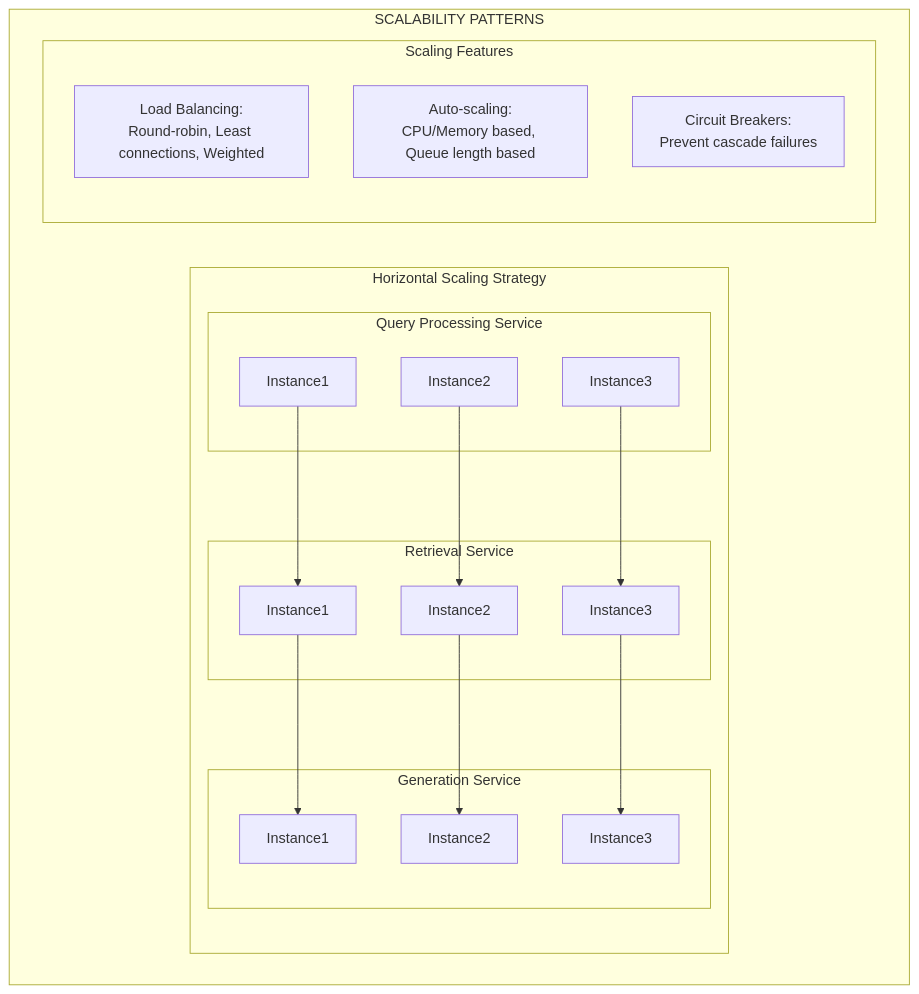
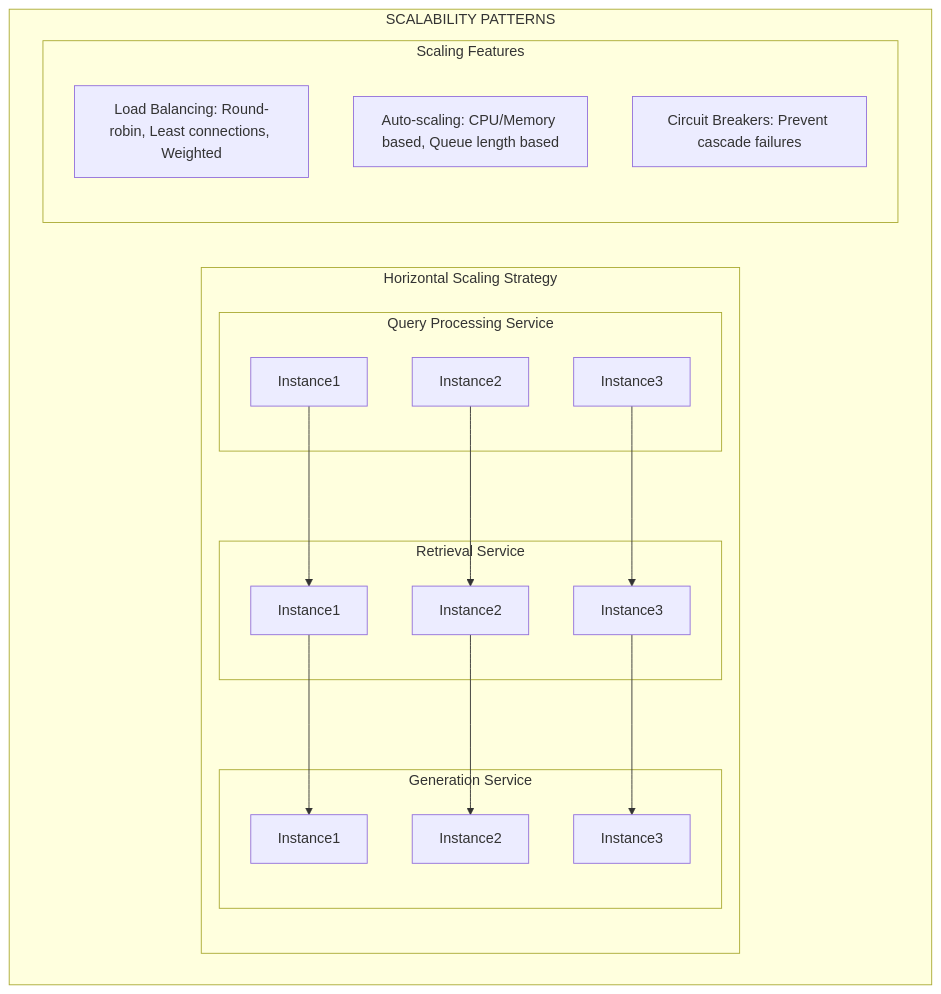
Diagram 12 of 21 in rag_solution_architecture_document (1).md (satinath-nit/llm-rag-cookbook), drawn with Mermaid before and after one commit. The commit also changed other lines of this file, not shown here.

Commit message:
Update rag_solution_architecture_document (1).md

````diff
--- a/rag_solution_architecture_document (1).md
+++ b/rag_solution_architecture_document (1).md
@@ -768,38 +768,38 @@
 ```mermaid
 graph TB
     subgraph "SCALABILITY PATTERNS"
         subgraph "Horizontal Scaling Strategy"
             subgraph "Query Processing Service"
                 QP1[Instance1]
                 QP2[Instance2]
                 QP3[Instance3]
             end
             
             subgraph "Retrieval Service"
                 RS1[Instance1]
                 RS2[Instance2]
                 RS3[Instance3]
             end
             
             subgraph "Generation Service"
                 GS1[Instance1]
                 GS2[Instance2]
                 GS3[Instance3]
             end
             
             QP1 --> RS1
             QP2 --> RS2
             QP3 --> RS3
             
             RS1 --> GS1
             RS2 --> GS2
             RS3 --> GS3
         end
         
         subgraph "Scaling Features"
-            LoadBalancing[Load Balancing:<br/>Round-robin, Least connections, Weighted]
-            AutoScaling[Auto-scaling:<br/>CPU/Memory based, Queue length based]
-            CircuitBreakers[Circuit Breakers:<br/>Prevent cascade failures]
+            LoadBalancing[Load Balancing: Round-robin, Least connections, Weighted]
+            AutoScaling[Auto-scaling: CPU/Memory based, Queue length based]
+            CircuitBreakers[Circuit Breakers: Prevent cascade failures]
         end
     end
 ```
````
